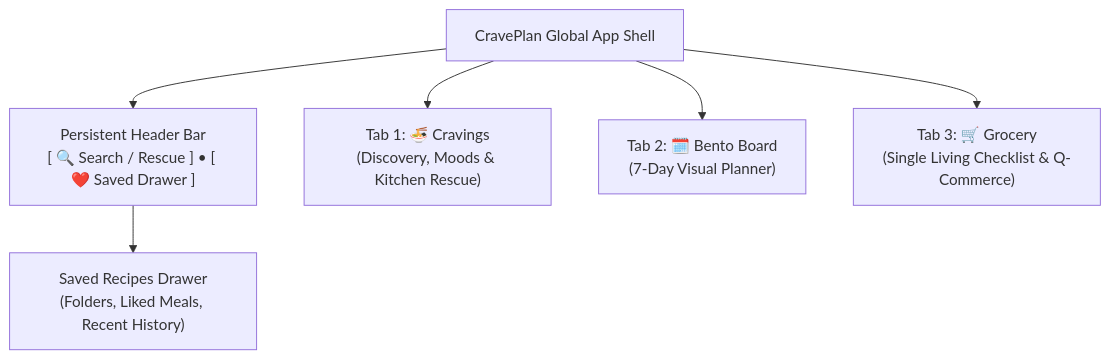
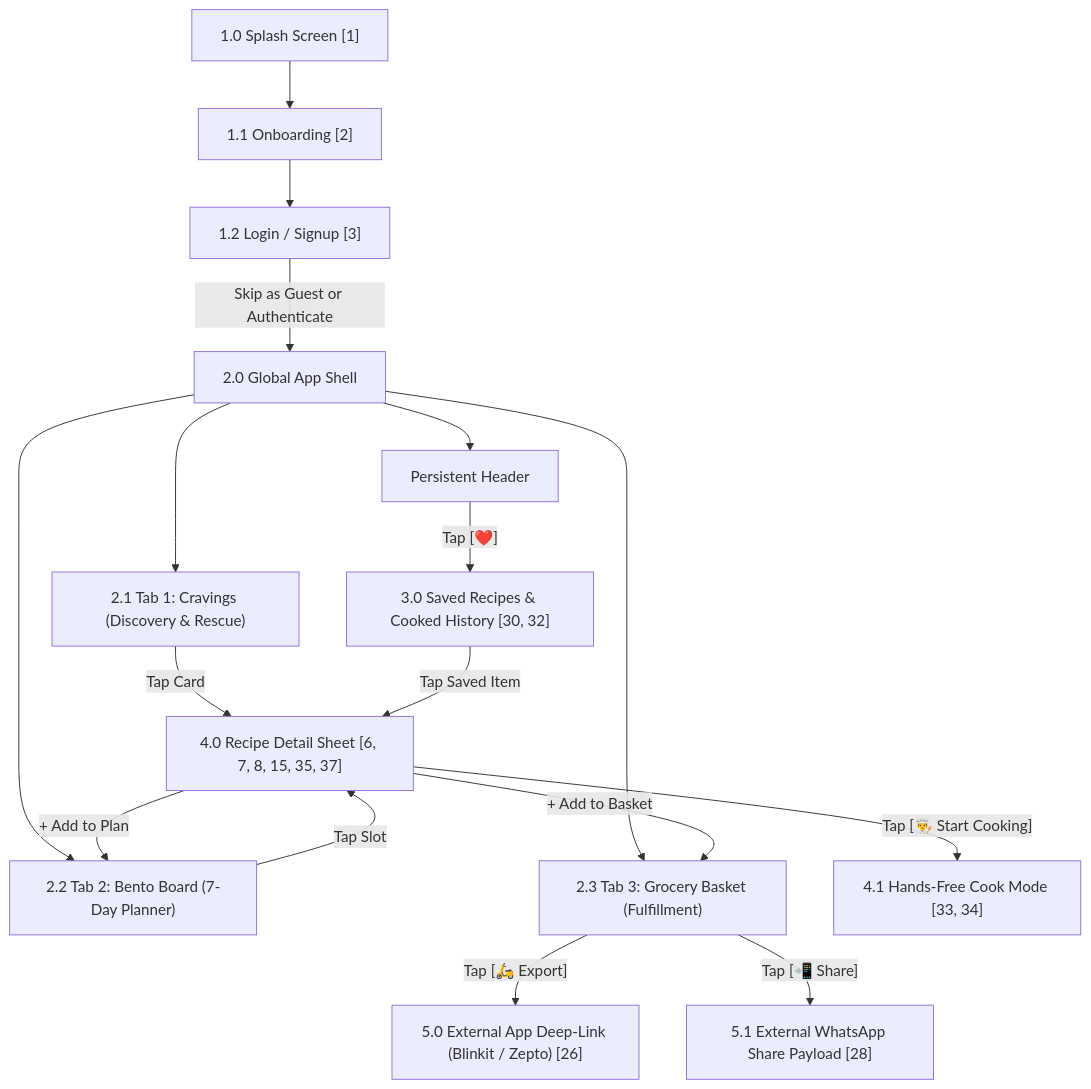
The second of 2 diagrams in PHASE_3_IA_SPEC.md (NIFT-Information-Architecture-2026/Aarchi_BD-24-1972), drawn with Mermaid before and after one commit. The commit also changed other lines of this file, not shown here.

Commit message:
docs(ia): complete Phase 3 information architecture, content inventory, card sorting matrix, and master sitemap

````diff
--- a/PHASE_3_IA_SPEC.md
+++ b/PHASE_3_IA_SPEC.md
@@ -16,10 +125,24 @@
 ```mermaid
-flowchart TD
-    App["CravePlan Global App Shell"]
-    App --> Header["Persistent Header Bar<br/>[ 🔍 Search / Rescue ] • [ ❤️ Saved Drawer ]"]
-    App --> Tab1["Tab 1: 🍜 Cravings<br/>(Discovery, Moods & Kitchen Rescue)"]
-    App --> Tab2["Tab 2: 🗓️ Bento Board<br/>(7-Day Visual Planner)"]
-    App --> Tab3["Tab 3: 🛒 Grocery<br/>(Single Living Checklist & Q-Commerce)"]
-    
-    Header --> Drawer["Saved Recipes Drawer<br/>(Folders, Liked Meals, Recent History)"]
+graph TD
+    Splash["1.0 Splash Screen [1]"] --> Onboard["1.1 Onboarding [2]"]
+    Onboard --> Auth["1.2 Login / Signup [3]"]
+    Auth -->|"Skip as Guest or Authenticate"| Shell["2.0 Global App Shell"]
+
+    Shell --> Header["Persistent Header"]
+    Header -->|"Tap [❤️]"| SavedDrawer["3.0 Saved Recipes & Cooked History [30, 32]"]
+
+    Shell --> Tab1["2.1 Tab 1: Cravings (Discovery & Rescue)"]
+    Shell --> Tab2["2.2 Tab 2: Bento Board (7-Day Planner)"]
+    Shell --> Tab3["2.3 Tab 3: Grocery Basket (Fulfillment)"]
+
+    Tab1 -->|"Tap Card"| RecipeModal["4.0 Recipe Detail Sheet [6, 7, 8, 15, 35, 37]"]
+    Tab2 -->|"Tap Slot"| RecipeModal
+    SavedDrawer -->|"Tap Saved Item"| RecipeModal
+
+    RecipeModal -->|"+ Add to Plan"| Tab2
+    RecipeModal -->|"+ Add to Basket"| Tab3
+    RecipeModal -->|"Tap [👨‍🍳 Start Cooking]"| CookMode["4.1 Hands-Free Cook Mode [33, 34]"]
+
+    Tab3 -->|"Tap [🛵 Export]"| QCommerce["5.0 External App Deep-Link (Blinkit / Zepto) [26]"]
+    Tab3 -->|"Tap [📲 Share]"| WhatsApp["5.1 External WhatsApp Share Payload [28]"]
 ```
````
